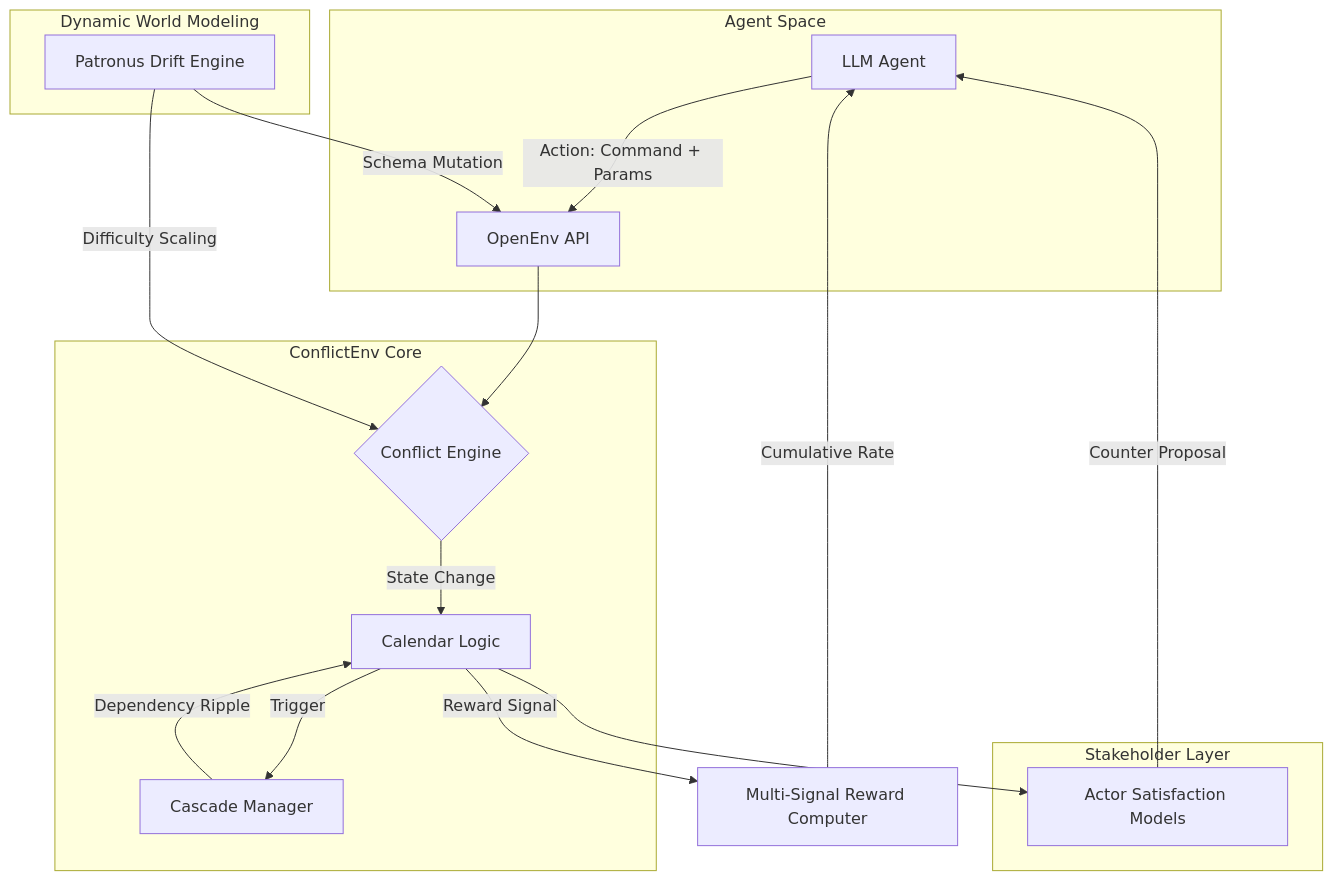
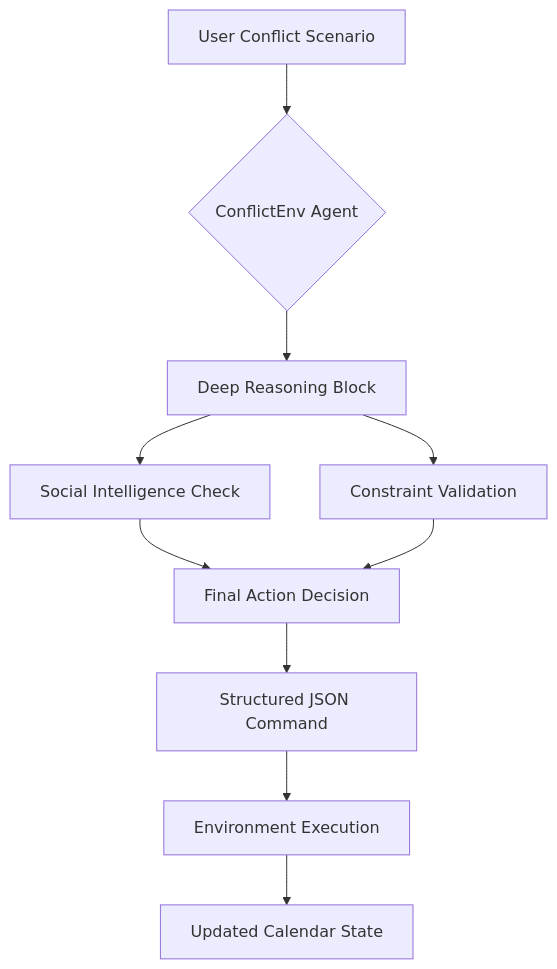
The first of 2 diagrams in README.md (archittmittal/MetaxBangalore), drawn with Mermaid before and after one commit. The commit also changed other lines of this file, not shown here.

````diff
--- a/README.md
+++ b/README.md
@@ -27,26 +27,12 @@
 ```mermaid
 graph TD
-    subgraph "Agent Space"
-        A[LLM Agent] -->|Action: Command + Params| B[OpenEnv API]
-    end
-
-    subgraph "ConflictEnv Core"
-        B --> C{Conflict Engine}
-        C -->|State Change| D[Calendar Logic]
-        D -->|Trigger| E[Cascade Manager]
-        E -->|Dependency Ripple| D
-    end
-
-    subgraph "Stakeholder Layer"
-        D --> F[Actor Satisfaction Models]
-        F -->|Counter Proposal| A
-    end
-
-    subgraph "Dynamic World Modeling"
-        G[Patronus Drift Engine] -->|Schema Mutation| B
-        G -->|Difficulty Scaling| C
-    end
-
-    D -->|Reward Signal| H[Multi-Signal Reward Computer]
-    H -->|Cumulative Rate| A
+    A[User Conflict Scenario] --> B{ConflictEnv Agent}
+    B --> C[<thought> Deep Reasoning Block]
+    C --> D[Social Intelligence Check]
+    C --> E[Constraint Validation]
+    D --> F[Final Action Decision]
+    E --> F
+    F --> G[Structured JSON Command]
+    G --> H[Environment Execution]
+    H --> I[Updated Calendar State]
 ```
````
